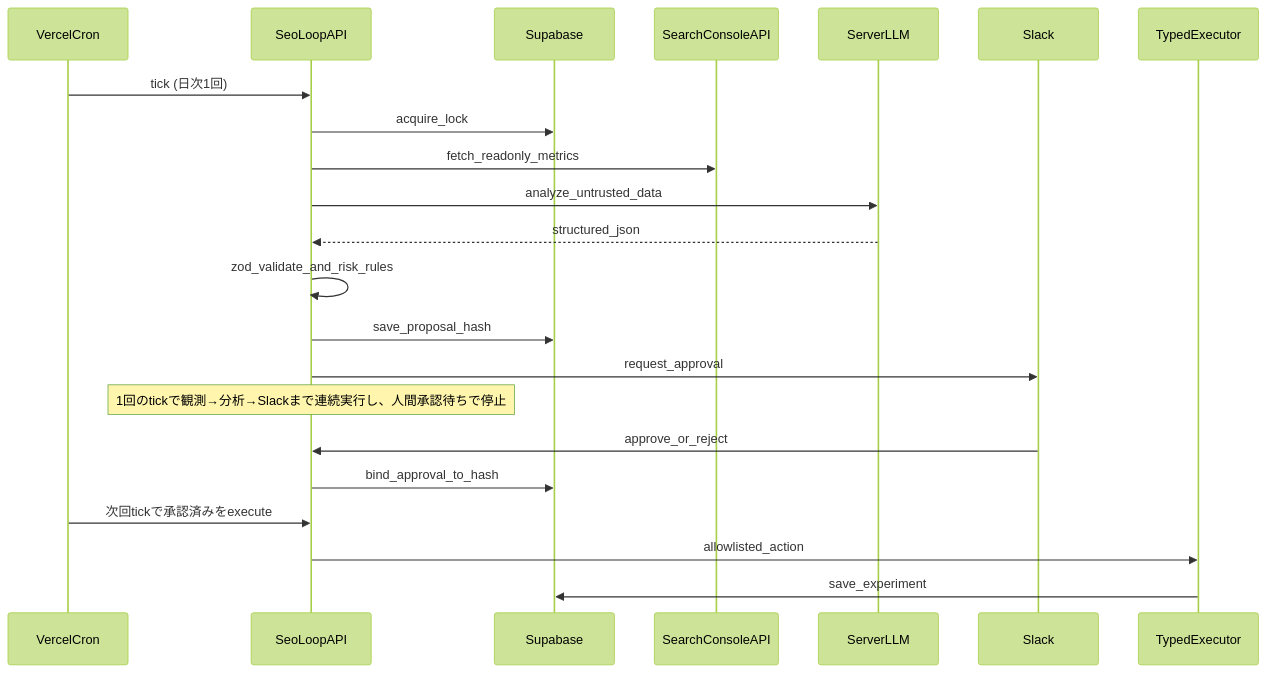
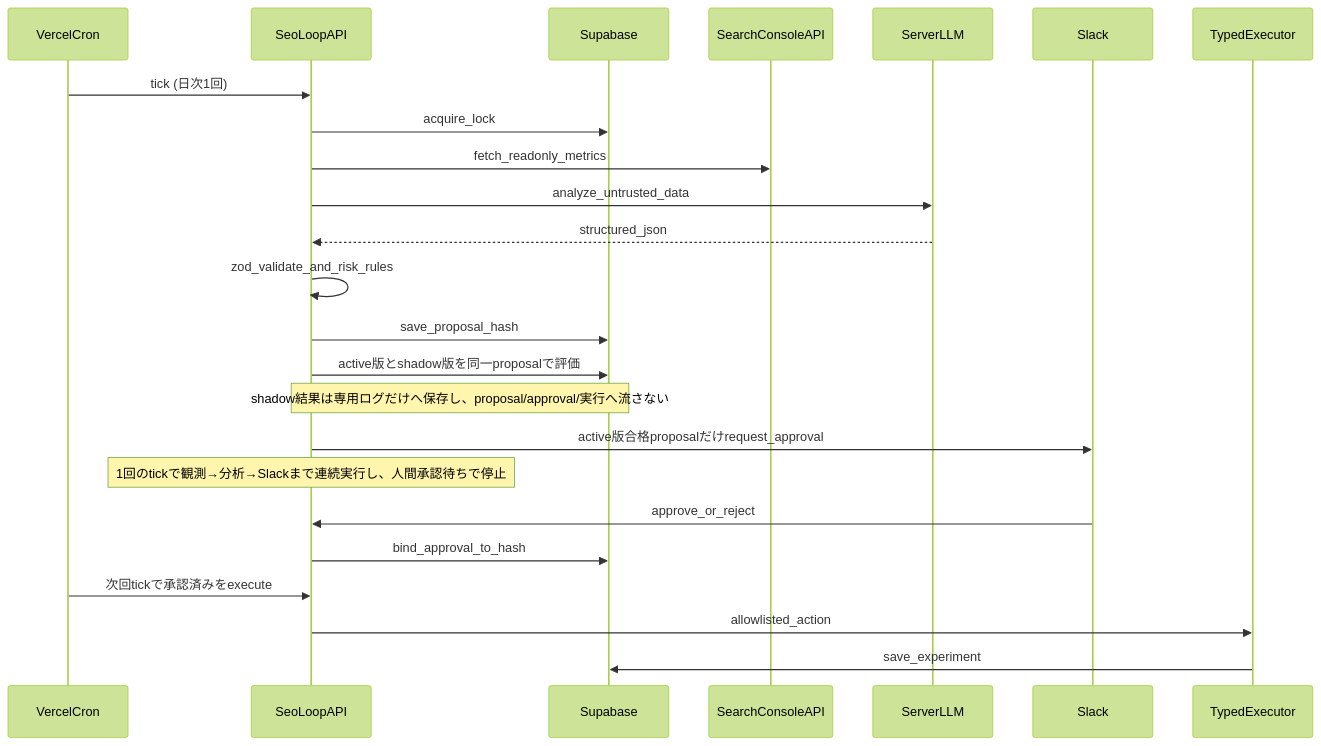
Before and after one commit to kurataraku/survey-app: the diagram in docs/SEO_AUTONOMOUS_LOOP.md, drawn with Mermaid (forest theme). The commit also changed other lines of this file and 19 other files, not shown here.

````diff
--- a/docs/SEO_AUTONOMOUS_LOOP.md
+++ b/docs/SEO_AUTONOMOUS_LOOP.md
@@ -7,25 +7,27 @@
 ```mermaid
 sequenceDiagram
   participant Cron as VercelCron
   participant API as SeoLoopAPI
   participant DB as Supabase
   participant GSC as SearchConsoleAPI
   participant LLM as ServerLLM
   participant Slack as Slack
   participant Exec as TypedExecutor
 
   Cron->>API: tick (日次1回)
   API->>DB: acquire_lock
   API->>GSC: fetch_readonly_metrics
   API->>LLM: analyze_untrusted_data
   LLM-->>API: structured_json
   API->>API: zod_validate_and_risk_rules
   API->>DB: save_proposal_hash
-  API->>Slack: request_approval
+  API->>DB: active版とshadow版を同一proposalで評価
+  Note over API,DB: shadow結果は専用ログだけへ保存し、proposal/approval/実行へ流さない
+  API->>Slack: active版合格proposalだけrequest_approval
   Note over API: 1回のtickで観測→分析→Slackまで連続実行し、人間承認待ちで停止
   Slack->>API: approve_or_reject
   API->>DB: bind_approval_to_hash
   Cron->>API: 次回tickで承認済みをexecute
   API->>Exec: allowlisted_action
   Exec->>DB: save_experiment
 ```
````
